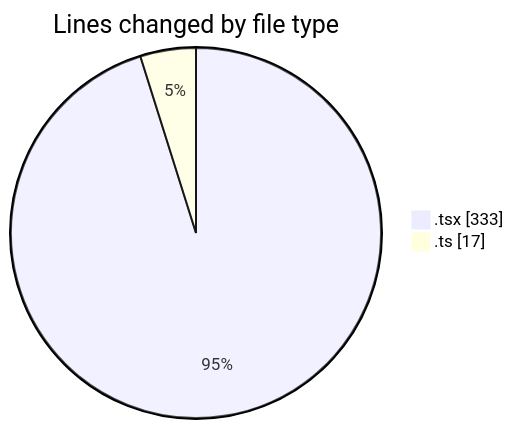
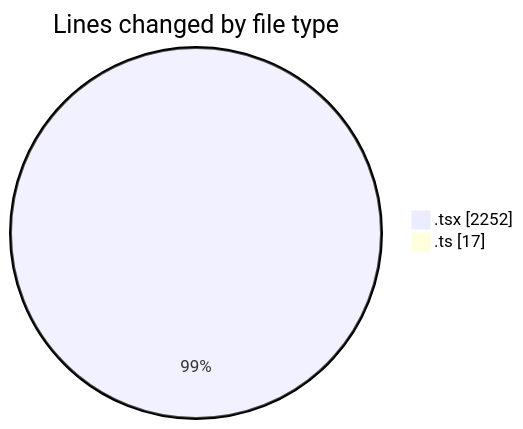
The first of 2 diagrams in 2026-03-15/nxtqube_webapp/README.md (nxtqubesakshisongat/code-tracking), drawn with Mermaid before and after one commit. The commit also changed other lines of this file and 1 other file, not shown here.

````diff
--- a/2026-03-15/nxtqube_webapp/README.md
+++ b/2026-03-15/nxtqube_webapp/README.md
@@ -22,6 +23,6 @@
 ```mermaid
 pie showData
 title Lines changed by file type
-".tsx" : 333
+".tsx" : 2252
 ".ts" : 17
 ```
````
